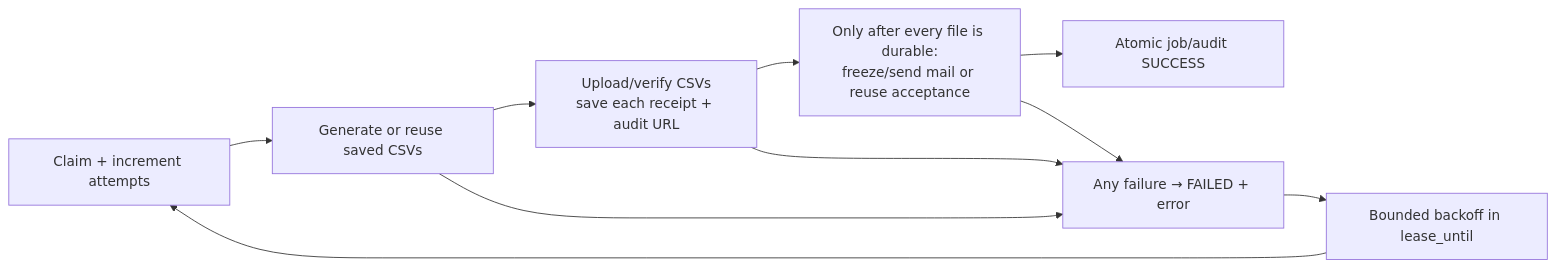
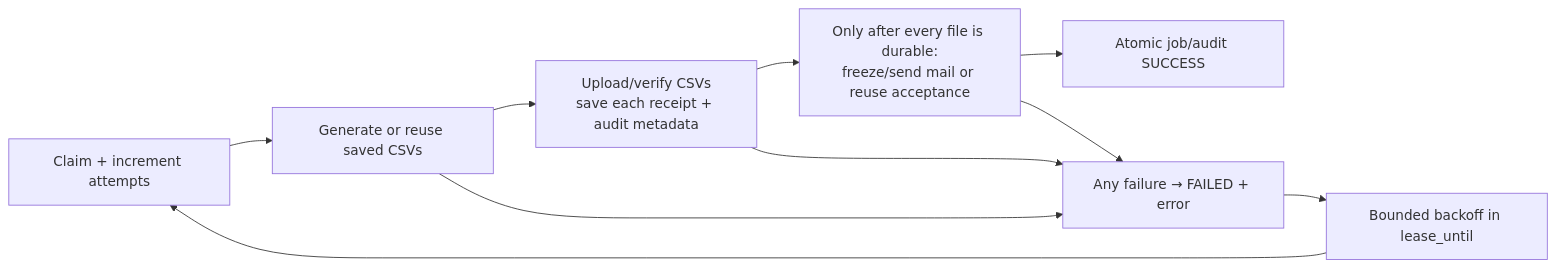
Before and after one commit to enzumeii/monolith: the third of 3 diagrams in docs/cron.md, drawn with Mermaid. The commit also changed other lines of this file and 141 other files, not shown here.

````diff
--- a/docs/cron.md
+++ b/docs/cron.md
@@ -115,12 +148,12 @@
 ```mermaid
 flowchart LR
   Q["Claim + increment attempts"] --> F["Generate or reuse saved CSVs"]
-  F --> P["Upload/verify CSVs<br/>save each receipt + audit URL"]
+  F --> P["Upload/verify CSVs<br/>save each receipt + audit metadata"]
   P --> M["Only after every file is durable:<br/>freeze/send mail or reuse acceptance"]
   M --> D["Atomic job/audit SUCCESS"]
   F --> X["Any failure → FAILED + error"]
   M --> X
   P --> X
   X --> L["Bounded backoff in lease_until"]
   L --> Q
 ```
````
